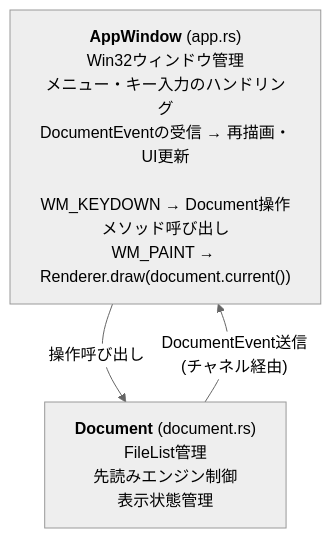
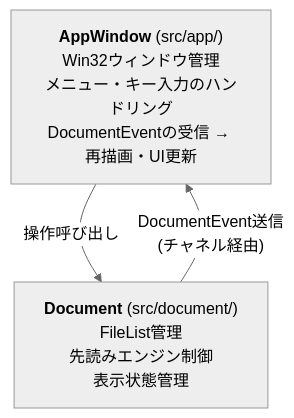
Before and after one commit to ak110/gv: the first of 3 diagrams in docs/development/architecture.md, drawn with Mermaid (neutral theme). The commit also changed other lines of this file and 99 other files, not shown here.

````diff
--- a/docs/development/architecture.md
+++ b/docs/development/architecture.md
@@ -7,8 +7,8 @@
 ```mermaid
 flowchart TB
-    AppWindow["<b>AppWindow</b> (app.rs)<br/>Win32ウィンドウ管理<br/>メニュー・キー入力のハンドリング<br/>DocumentEventの受信 → 再描画・UI更新<br/><br/>WM_KEYDOWN → Document操作メソッド呼び出し<br/>WM_PAINT → Renderer.draw(document.current())"]
-    Document["<b>Document</b> (document.rs)<br/>FileList管理<br/>先読みエンジン制御<br/>表示状態管理"]
+    AppWindow["<b>AppWindow</b> (src/app/)<br/>Win32ウィンドウ管理<br/>メニュー・キー入力のハンドリング<br/>DocumentEventの受信 → 再描画・UI更新"]
+    Document["<b>Document</b> (src/document/)<br/>FileList管理<br/>先読みエンジン制御<br/>表示状態管理"]
 
     AppWindow -- "操作呼び出し" --> Document
     Document -- "DocumentEvent送信<br/>(チャネル経由)" --> AppWindow
 ```
````
